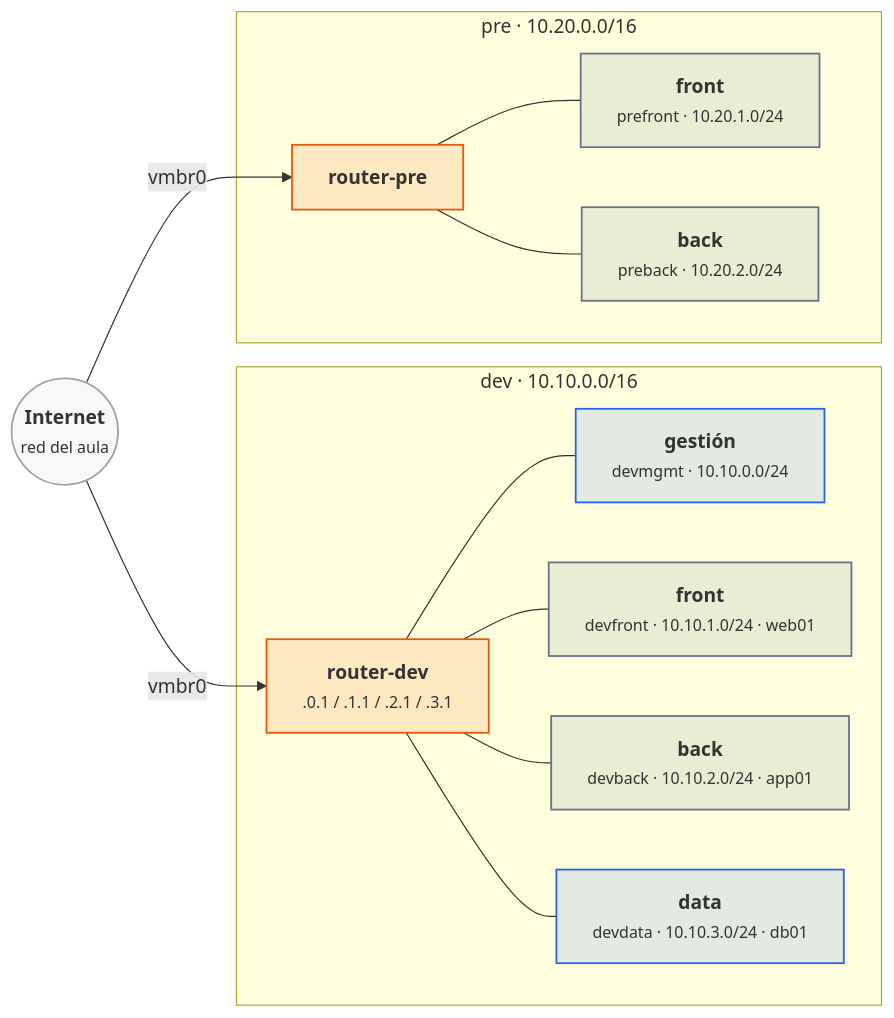
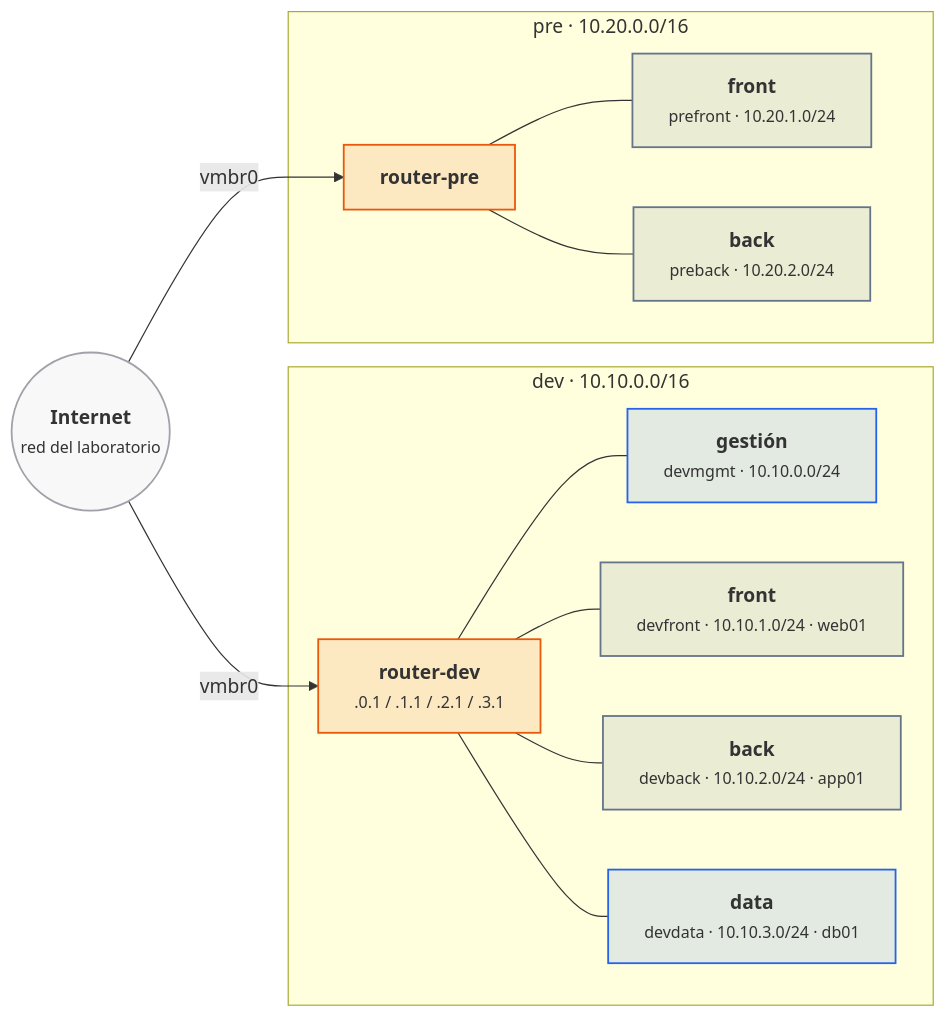
One commit to victor-educ/apuntes-5166 changed the second of 8 diagrams in docs/ut/ut2-vpc.md. Above: the diagram before and after it, drawn with Mermaid. The commit also changed other lines of this file and 12 other files, not shown here.

````diff
--- a/docs/ut/ut2-vpc.md
+++ b/docs/ut/ut2-vpc.md
@@ -160,30 +160,30 @@
 ```mermaid
 flowchart LR
-    INET(("<b>Internet</b><br><small>red del aula</small>")):::infra
+    INET(("<b>Internet</b><br><small>red del laboratorio</small>")):::infra
     subgraph DEV["dev · 10.10.0.0/16"]
         RDEV["<b>router-dev</b><br><small>.0.1 / .1.1 / .2.1 / .3.1</small>"]:::act
         MDEV["<b>gestión</b><br><small>devmgmt · 10.10.0.0/24</small>"]:::dato
         FDEV["<b>front</b><br><small>devfront · 10.10.1.0/24 · web01</small>"]:::pieza
         BDEV["<b>back</b><br><small>devback · 10.10.2.0/24 · app01</small>"]:::pieza
         DDEV["<b>data</b><br><small>devdata · 10.10.3.0/24 · db01</small>"]:::dato
         RDEV --- MDEV
         RDEV --- FDEV
         RDEV --- BDEV
         RDEV --- DDEV
     end
     subgraph PRE["pre · 10.20.0.0/16"]
         RPRE["<b>router-pre</b>"]:::act
         FPRE["<b>front</b><br><small>prefront · 10.20.1.0/24</small>"]:::pieza
         BPRE["<b>back</b><br><small>preback · 10.20.2.0/24</small>"]:::pieza
         RPRE --- FPRE
         RPRE --- BPRE
     end
     INET -- vmbr0 --> RDEV
     INET -- vmbr0 --> RPRE
     classDef act fill:#ea580c22,stroke:#ea580c,stroke-width:1.5px
     classDef pieza fill:#64748b22,stroke:#64748b,stroke-width:1.5px
     classDef dato fill:#2563eb22,stroke:#2563eb,stroke-width:1.5px
     classDef infra fill:#a1a1aa14,stroke:#a1a1aa,stroke-width:1.5px
     classDef ok fill:#16a34a22,stroke:#16a34a,stroke-width:1.5px
     classDef riesgo fill:#dc262622,stroke:#dc2626,stroke-width:1.5px
 ```
````
